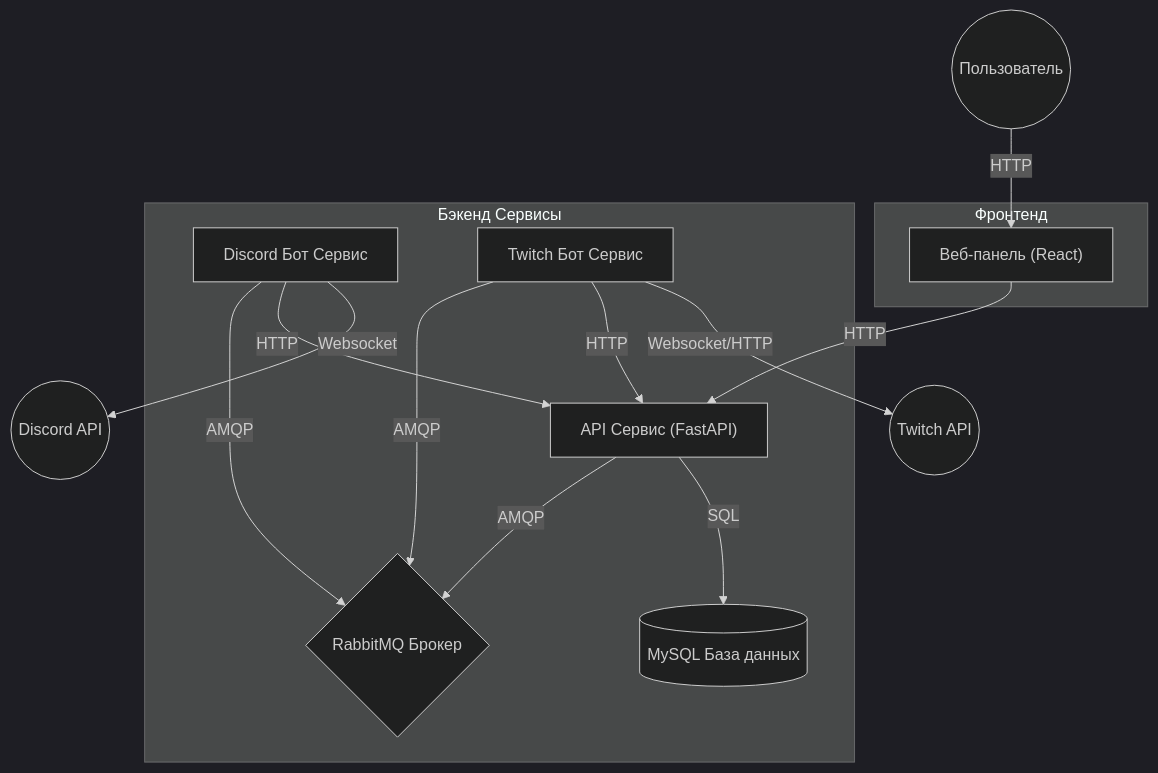
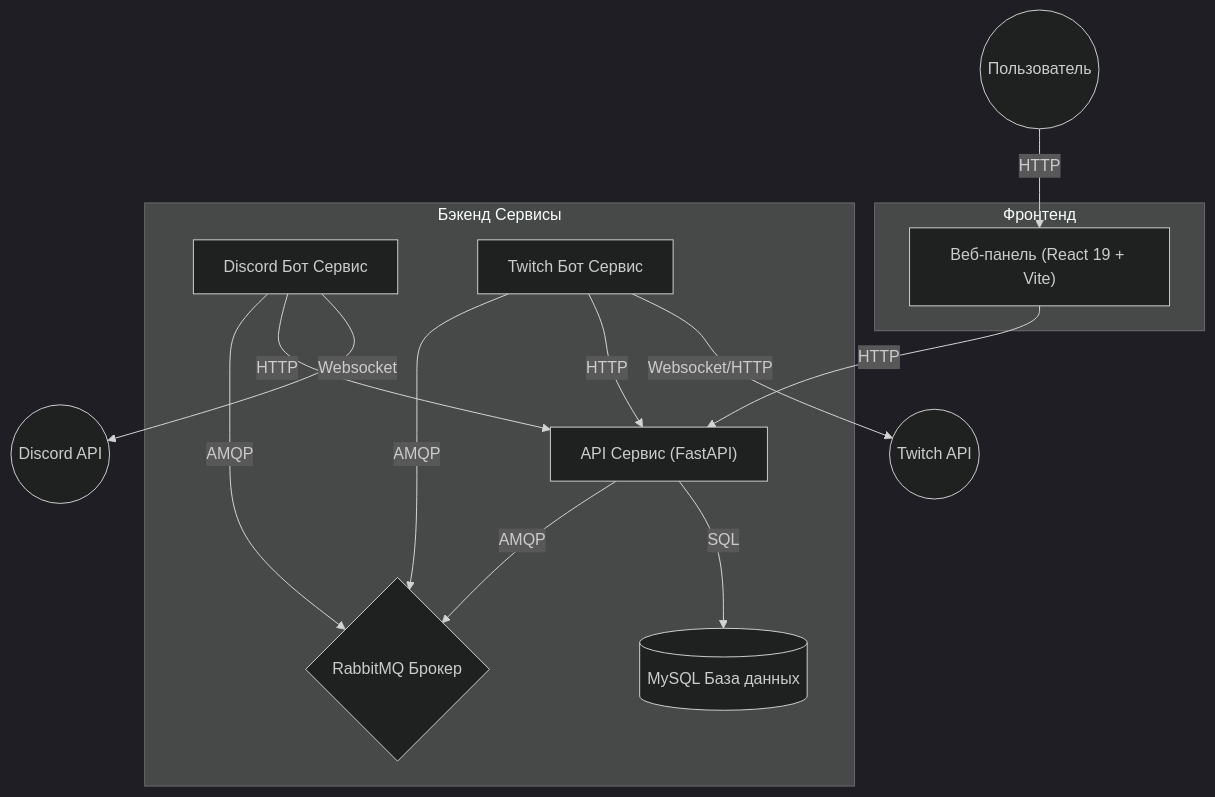
Before and after one commit to 0x9avg/MajesticPRBot: the diagram in ARCHITECTURE.md, drawn with Mermaid (dark theme). The commit also changed other lines of this file and 100 other files, not shown here.

````diff
--- a/ARCHITECTURE.md
+++ b/ARCHITECTURE.md
@@ -9,32 +9,32 @@
 ```mermaid
 graph TD
     User(("Пользователь"))
     Twitch(("Twitch API"))
     Discord(("Discord API"))
     
     subgraph "Фронтенд"
-        Web["Веб-панель (React)"]
+        Web["Веб-панель (React 19 + Vite)"]
     end
     
     subgraph "Бэкенд Сервисы"
         API["API Сервис (FastAPI)"]
         DB[("MySQL База данных")]
         DiscordBot["Discord Бот Сервис"]
         TwitchBot["Twitch Бот Сервис"]
         RabbitMQ{"RabbitMQ Брокер"}
     end
     
     User -->|HTTP| Web
     Web -->|HTTP| API
     
     DiscordBot -->|Websocket| Discord
     DiscordBot -->|HTTP| API
     DiscordBot -->|AMQP| RabbitMQ
     
     TwitchBot -->|Websocket/HTTP| Twitch
     TwitchBot -->|HTTP| API
     TwitchBot -->|AMQP| RabbitMQ
     
     API -->|SQL| DB
     API -->|AMQP| RabbitMQ
 ```
````
